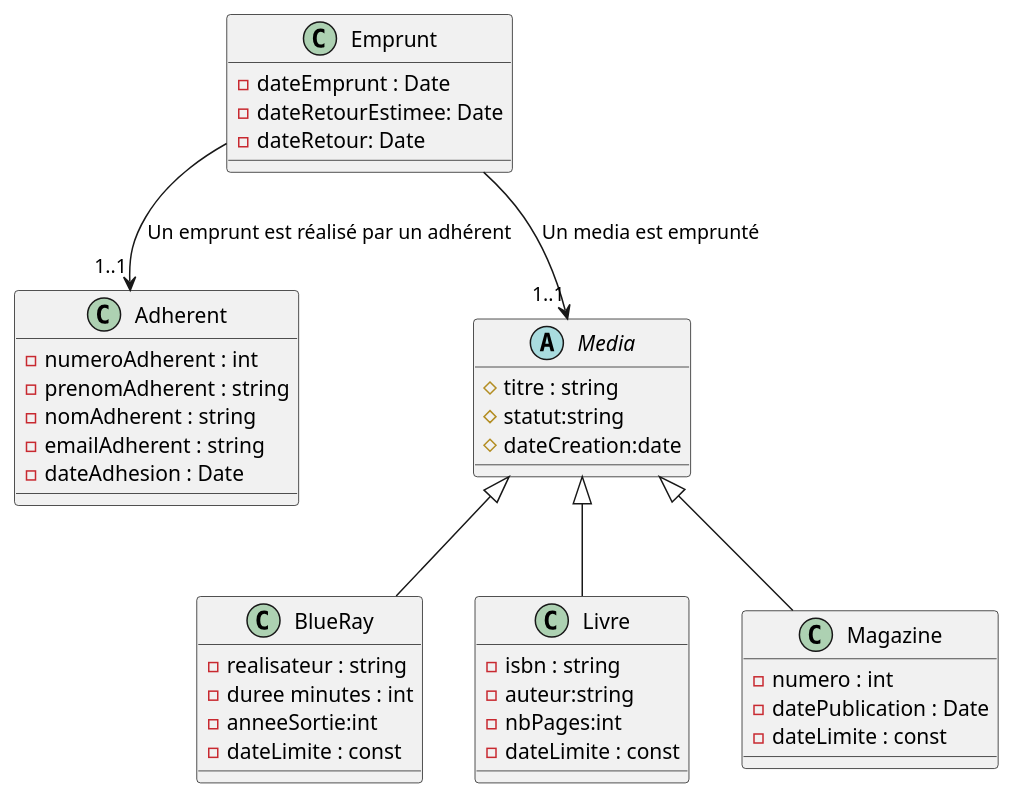
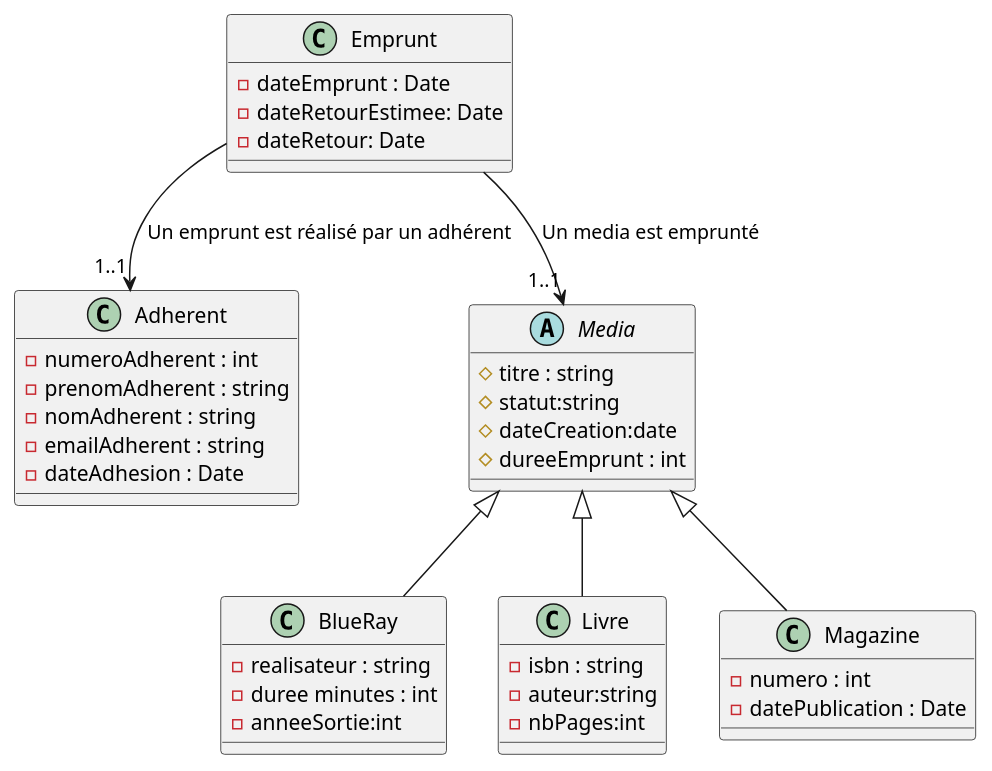
The diagram in documentation/diagrammeClasse.puml (mutulus/php-bts-bibliotheque-projet), drawn with PlantUML before and after one commit. The commit also changed 3 other files, not shown here.

```diff
--- a/documentation/diagrammeClasse.puml
+++ b/documentation/diagrammeClasse.puml
@@ -1,54 +1,54 @@
 @startuml
 'https://plantuml.com/sequence-diagram
 Class Adherent{
     -numeroAdherent : int
     -prenomAdherent : string
     -nomAdherent : string
     -emailAdherent : string
     -dateAdhesion : Date
 
 }
 Abstract Class Media{
     #titre : string
     #statut:string
     #dateCreation:date
-
+    #dureeEmprunt : int
 }
 Class BlueRay{
     -realisateur : string
     -duree minutes : int
     -anneeSortie:int
-    -dateLimite : const
+
 }
 
 Class Livre{
     -isbn : string
     -auteur:string
     -nbPages:int
-    -dateLimite : const
+
 
 
 
 }
 
 Class Magazine{
     -numero : int
     -datePublication : Date
-    -dateLimite : const
+
 }
 
 Class Emprunt{
     -dateEmprunt : Date
     -dateRetourEstimee: Date
     -dateRetour: Date
 
 }
 Media <|-- Livre
 Media <|-- BlueRay
 Media <|-- Magazine
 
 Emprunt  --> "1..1" Media : Un media est emprunté
 Emprunt --> "1..1" Adherent : Un emprunt est réalisé par un adhérent
 
 
 @enduml
```
